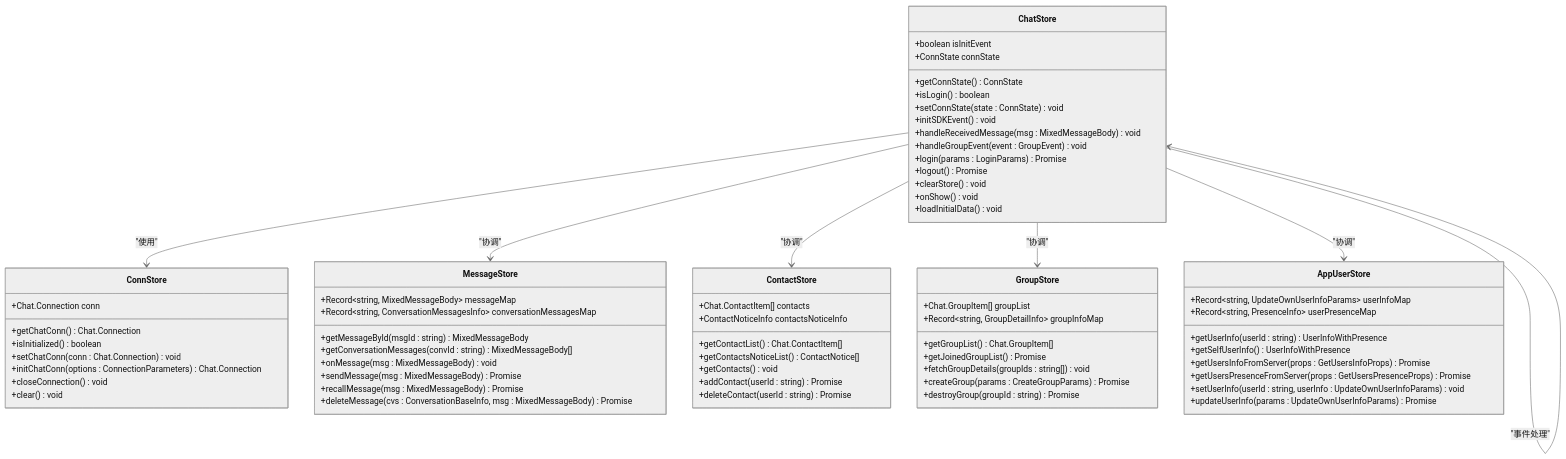
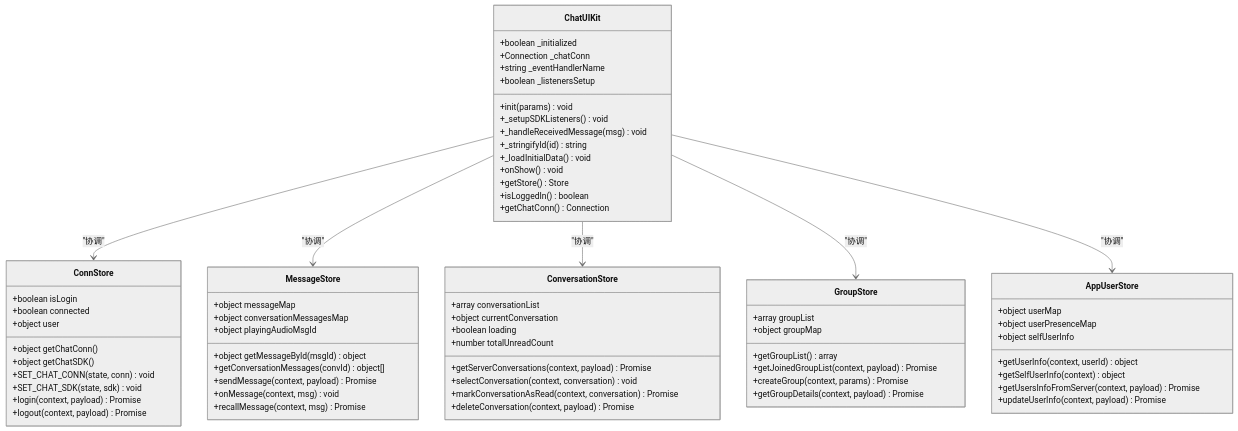
The fifth of 11 diagrams in .qoder/repowiki/zh/content/核心架构/Store状态管理系统架构/Pinia状态管理概览.md (Easemob-Community/easemob-uikit-uniapp-community), drawn with Mermaid (neutral theme) before and after one commit. The commit also changed other lines of this file and 14 other files, not shown here.

````diff
--- a/.qoder/repowiki/zh/content/核心架构/Store状态管理系统架构/Pinia状态管理概览.md
+++ b/.qoder/repowiki/zh/content/核心架构/Store状态管理系统架构/Pinia状态管理概览.md
@@ -267,71 +261,71 @@
 ```mermaid
 classDiagram
-class ChatStore {
-+boolean isInitEvent
-+ConnState connState
-+getConnState() ConnState
-+isLogin() boolean
-+setConnState(state : ConnState) void
-+initSDKEvent() void
-+handleReceivedMessage(msg : MixedMessageBody) void
-+handleGroupEvent(event : GroupEvent) void
-+login(params : LoginParams) Promise
-+logout() Promise
-+clearStore() void
+class ChatUIKit {
++boolean _initialized
++Connection _chatConn
++string _eventHandlerName
++boolean _listenersSetup
++init(params) void
++_setupSDKListeners() void
++_handleReceivedMessage(msg) void
++_stringifyId(id) string
++_loadInitialData() void
 +onShow() void
-+loadInitialData() void
++getStore() Store
++isLoggedIn() boolean
++getChatConn() Connection
 }
 class ConnStore {
-+Chat.Connection conn
-+getChatConn() Chat.Connection
-+isInitialized() boolean
-+setChatConn(conn : Chat.Connection) void
-+initChatConn(options : ConnectionParameters) Chat.Connection
-+closeConnection() void
-+clear() void
++boolean isLogin
++boolean connected
++object user
++object getChatConn()
++object getChatSDK()
++SET_CHAT_CONN(state, conn) void
++SET_CHAT_SDK(state, sdk) void
++login(context, payload) Promise
++logout(context, payload) Promise
 }
 class MessageStore {
-+Record~string, MixedMessageBody~ messageMap
-+Record~string, ConversationMessagesInfo~ conversationMessagesMap
-+getMessageById(msgId : string) MixedMessageBody
-+getConversationMessages(convId : string) MixedMessageBody[]
-+onMessage(msg : MixedMessageBody) void
-+sendMessage(msg : MixedMessageBody) Promise
-+recallMessage(msg : MixedMessageBody) Promise
-+deleteMessage(cvs : ConversationBaseInfo, msg : MixedMessageBody) Promise
++object messageMap
++object conversationMessagesMap
++object playingAudioMsgId
++object getMessageById(msgId) object
++getConversationMessages(convId) object[]
++sendMessage(context, payload) Promise
++onMessage(context, msg) void
++recallMessage(context, msg) Promise
 }
-class ContactStore {
-+Chat.ContactItem[] contacts
-+ContactNoticeInfo contactsNoticeInfo
-+getContactList() Chat.ContactItem[]
-+getContactsNoticeList() ContactNotice[]
-+getContacts() void
-+addContact(userId : string) Promise
-+deleteContact(userId : string) Promise
+class ConversationStore {
++array conversationList
++object currentConversation
++boolean loading
++number totalUnreadCount
++getServerConversations(context, payload) Promise
++selectConversation(context, conversation) void
++markConversationAsRead(context, conversation) Promise
++deleteConversation(context, payload) Promise
 }
 class GroupStore {
-+Chat.GroupItem[] groupList
-+Record~string, GroupDetailInfo~ groupInfoMap
-+getGroupList() Chat.GroupItem[]
-+getJoinedGroupList() Promise
-+fetchGroupDetails(groupIds : string[]) void
-+createGroup(params : CreateGroupParams) Promise
-+destroyGroup(groupId : string) Promise
++array groupList
++object groupMap
++getGroupList() array
++getJoinedGroupList(context, payload) Promise
++createGroup(context, params) Promise
++getGroupDetails(context, payload) Promise
 }
 class AppUserStore {
-+Record~string, UpdateOwnUserInfoParams~ userInfoMap
-+Record~string, PresenceInfo~ userPresenceMap
-+getUserInfo(userId : string) UserInfoWithPresence
-+getSelfUserInfo() UserInfoWithPresence
-+getUsersInfoFromServer(props : GetUsersInfoProps) Promise
-+getUsersPresenceFromServer(props : GetUsersPresenceProps) Promise
-+setUserInfo(userId : string, userInfo : UpdateOwnUserInfoParams) void
-+updateUserInfo(params : UpdateOwnUserInfoParams) Promise
++object userMap
++object userPresenceMap
++object selfUserInfo
++getUserInfo(context, userId) object
++getSelfUserInfo(context) object
++getUsersInfoFromServer(context, payload) Promise
++updateUserInfo(context, payload) Promise
 }
-ChatStore --> ConnStore : "使用"
-ChatStore --> MessageStore : "协调"
-ChatStore --> ContactStore : "协调"
-ChatStore --> GroupStore : "协调"
-ChatStore --> AppUserStore : "协调"
-ChatStore --> ChatStore : "事件处理"
+ChatUIKit --> ConnStore : "协调"
+ChatUIKit --> MessageStore : "协调"
+ChatUIKit --> ConversationStore : "协调"
+ChatUIKit --> GroupStore : "协调"
+ChatUIKit --> AppUserStore : "协调"
 ```
````
